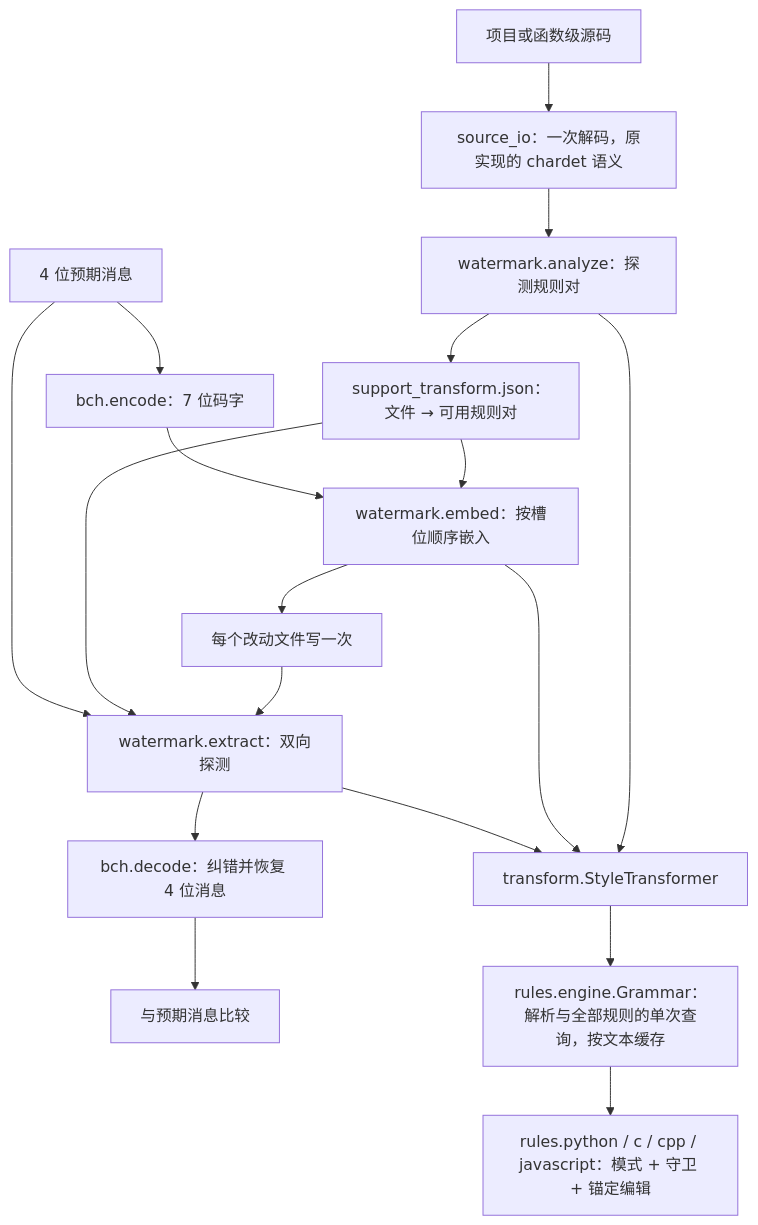
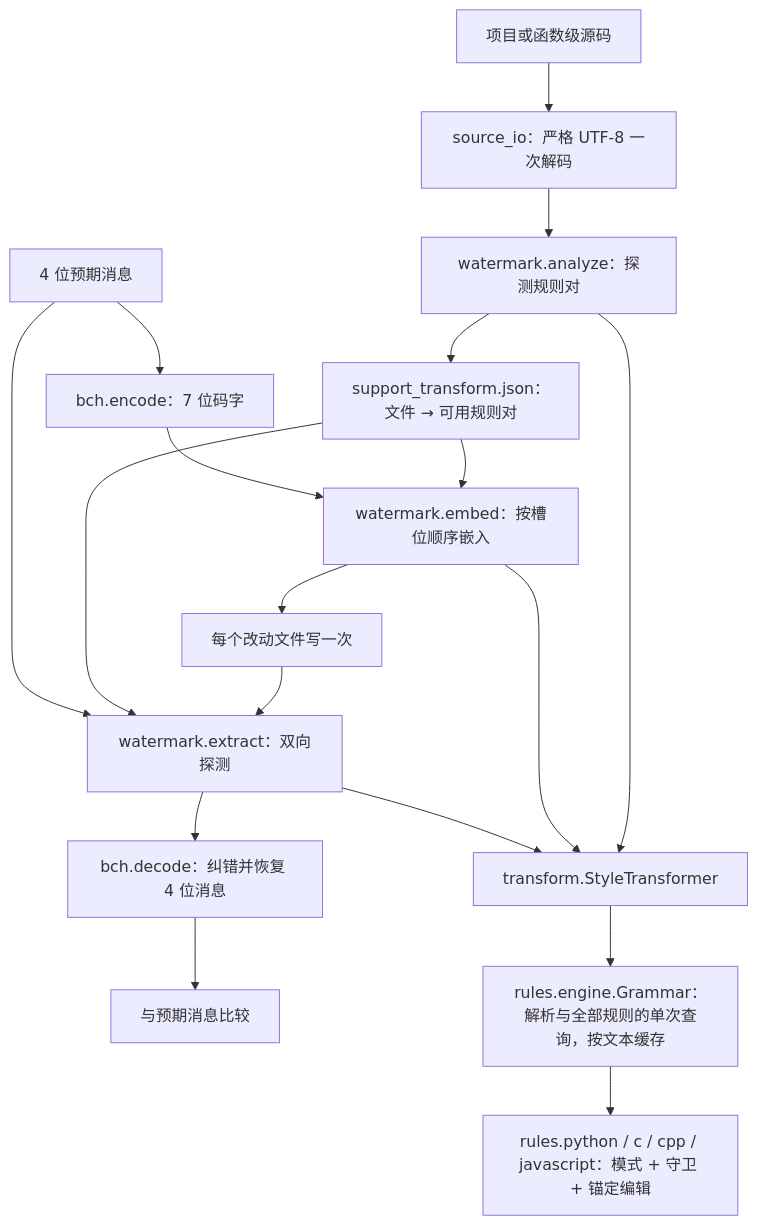
The diagram in docs/CODE_MAP.md (Noelle1831-k/CLLMark-legacy), drawn with Mermaid before and after one commit. The commit also changed other lines of this file and 6 other files, not shown here.

First line of the commit message:
Read sources as strict UTF-8 and drop chardet

````diff
--- a/docs/CODE_MAP.md
+++ b/docs/CODE_MAP.md
@@ -7,20 +7,20 @@
 ```mermaid
 flowchart TD
-    Corpus[项目或函数级源码] --> IO[source_io：一次解码，原实现的 chardet 语义]
+    Corpus[项目或函数级源码] --> IO[source_io：严格 UTF-8 一次解码]
     IO --> Analyze[watermark.analyze：探测规则对]
     Analyze --> Support[support_transform.json：文件 → 可用规则对]
     Support --> Embed[watermark.embed：按槽位顺序嵌入]
     Bits[4 位预期消息] --> Encode[bch.encode：7 位码字]
     Encode --> Embed
     Embed --> Marked[每个改动文件写一次]
     Marked --> Detect[watermark.extract：双向探测]
     Support --> Detect
     Bits --> Detect
     Detect --> Decode[bch.decode：纠错并恢复 4 位消息]
     Decode --> Compare[与预期消息比较]
     Analyze --> Transformer[transform.StyleTransformer]
     Embed --> Transformer
     Detect --> Transformer
     Transformer --> Grammar[rules.engine.Grammar：解析与全部规则的单次查询，按文本缓存]
     Grammar --> Rules[rules.python / c / cpp / javascript：模式 + 守卫 + 锚定编辑]
 ```
````
